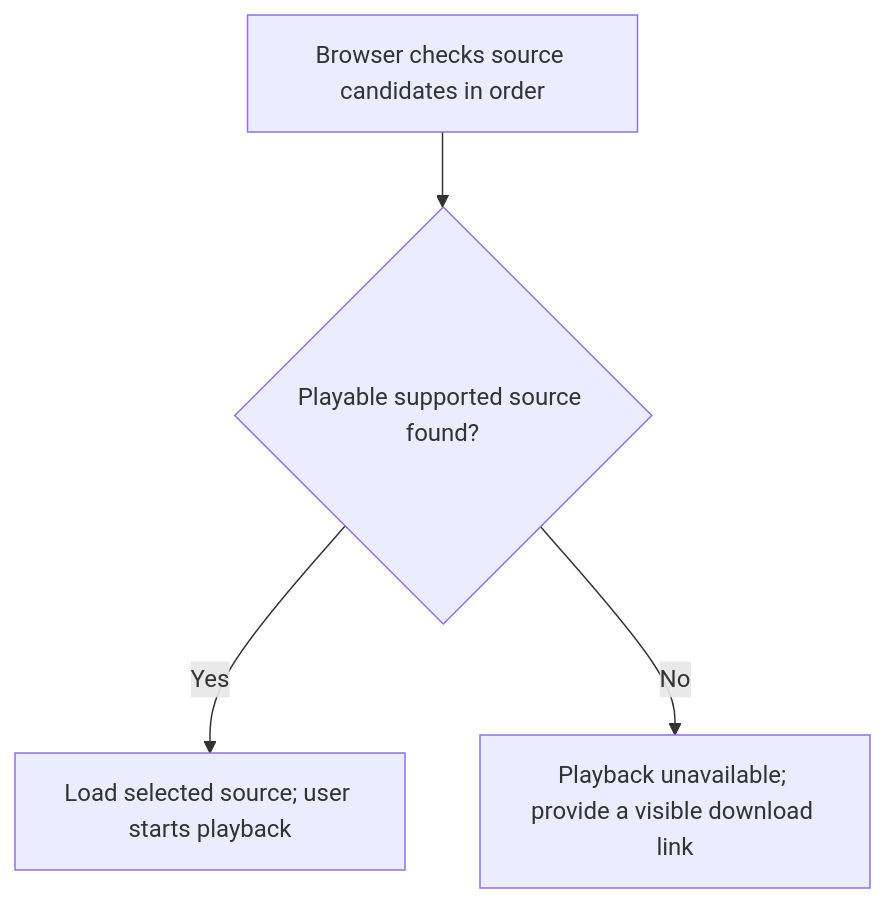
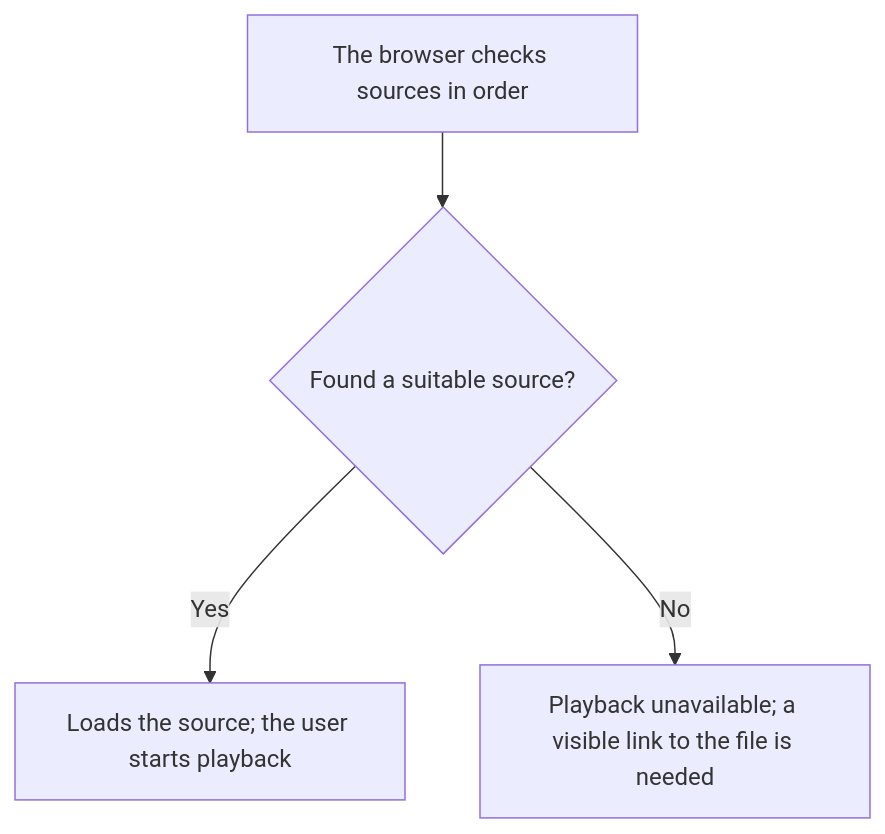
Before and after one commit to JLearn-space/JLearn-docs: the second of 2 diagrams in HTML/Lesson-4/en/Images and media.md, drawn with Mermaid. The commit also changed other lines of this file and 148 other files, not shown here.

````diff
--- a/HTML/Lesson-4/en/Images and media.md
+++ b/HTML/Lesson-4/en/Images and media.md
@@ -244,6 +249,6 @@
 ```mermaid
 flowchart TD
-    A["Browser checks source candidates in order"] --> B{"Playable supported source found?"}
-    B -->|Yes| C["Load selected source; user starts playback"]
-    B -->|No| D["Playback unavailable; provide a visible download link"]
+    A["The browser checks sources in order"] --> B{"Found a suitable source?"}
+    B -->|Yes| C["Loads the source; the user starts playback"]
+    B -->|No| D["Playback unavailable; a visible link to the file is needed"]
 ```
````
